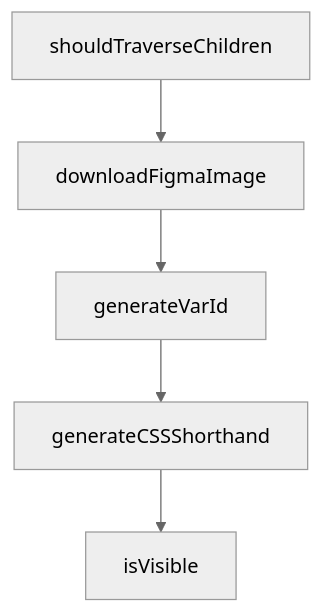
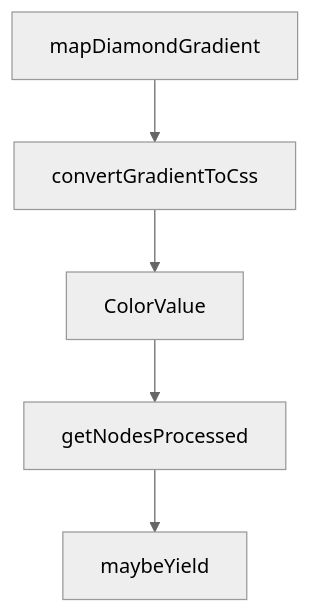
Before and after one commit to johnxie/awesome-code-docs: the diagram in tutorials/figma-context-mcp-tutorial/06-performance-and-token-optimization.md, drawn with Mermaid (neutral theme). The commit also changed other lines of this file and 1232 other files, not shown here.

````diff
--- a/tutorials/figma-context-mcp-tutorial/06-performance-and-token-optimization.md
+++ b/tutorials/figma-context-mcp-tutorial/06-performance-and-token-optimization.md
@@ -201,12 +199,12 @@
 ```mermaid
 flowchart TD
-    A[shouldTraverseChildren]
-    B[downloadFigmaImage]
-    C[generateVarId]
-    D[generateCSSShorthand]
-    E[isVisible]
+    A[mapDiamondGradient]
+    B[convertGradientToCss]
+    C[ColorValue]
+    D[getNodesProcessed]
+    E[maybeYield]
     A --> B
     B --> C
     C --> D
     D --> E
 ```
````
